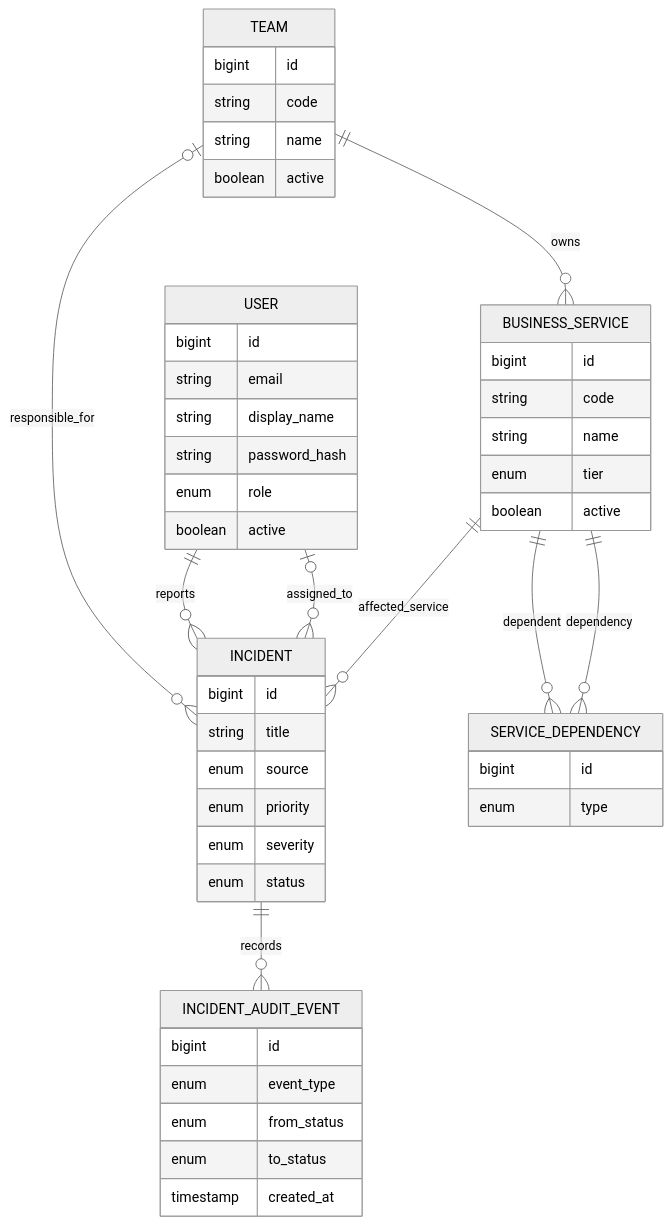
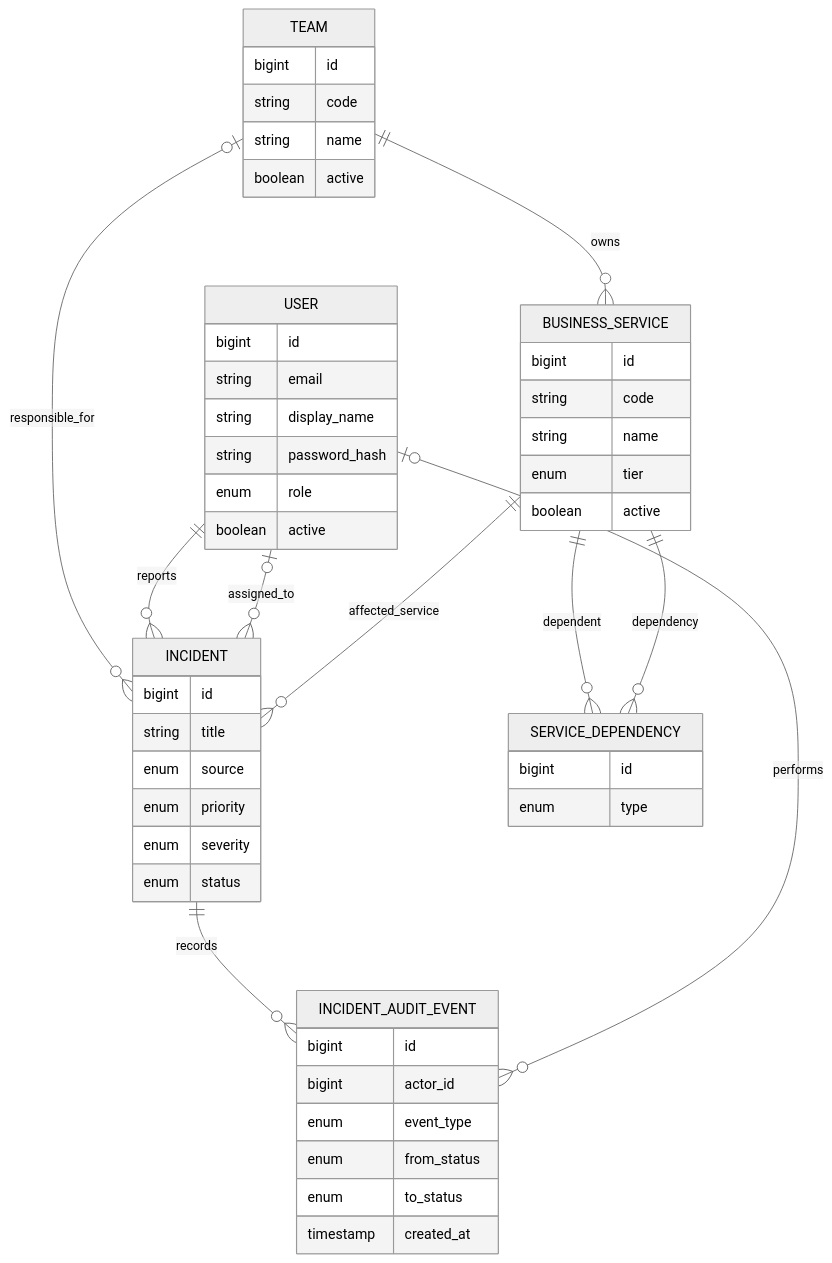
One commit to 6yJlka/incident-hub changed the diagram in README.md. Above: the diagram before and after it, drawn with Mermaid (neutral theme). The commit also changed other lines of this file and 41 other files, not shown here.

Commit message:
feat: derive incident actor from authenticated user

````diff
--- a/README.md
+++ b/README.md
@@ -105,52 +105,54 @@
 ```mermaid
 erDiagram
     TEAM ||--o{ BUSINESS_SERVICE : owns
     TEAM o|--o{ INCIDENT : responsible_for
     USER ||--o{ INCIDENT : reports
     USER o|--o{ INCIDENT : assigned_to
     BUSINESS_SERVICE ||--o{ INCIDENT : affected_service
     BUSINESS_SERVICE ||--o{ SERVICE_DEPENDENCY : dependent
     BUSINESS_SERVICE ||--o{ SERVICE_DEPENDENCY : dependency
     INCIDENT ||--o{ INCIDENT_AUDIT_EVENT : records
+    USER o|--o{ INCIDENT_AUDIT_EVENT : performs
 
     TEAM {
         bigint id
         string code
         string name
         boolean active
     }
     USER {
         bigint id
         string email
         string display_name
         string password_hash
         enum role
         boolean active
     }
     BUSINESS_SERVICE {
         bigint id
         string code
         string name
         enum tier
         boolean active
     }
     SERVICE_DEPENDENCY {
         bigint id
         enum type
     }
     INCIDENT {
         bigint id
         string title
         enum source
         enum priority
         enum severity
         enum status
     }
     INCIDENT_AUDIT_EVENT {
         bigint id
+        bigint actor_id
         enum event_type
         enum from_status
         enum to_status
         timestamp created_at
     }
 ```
````
